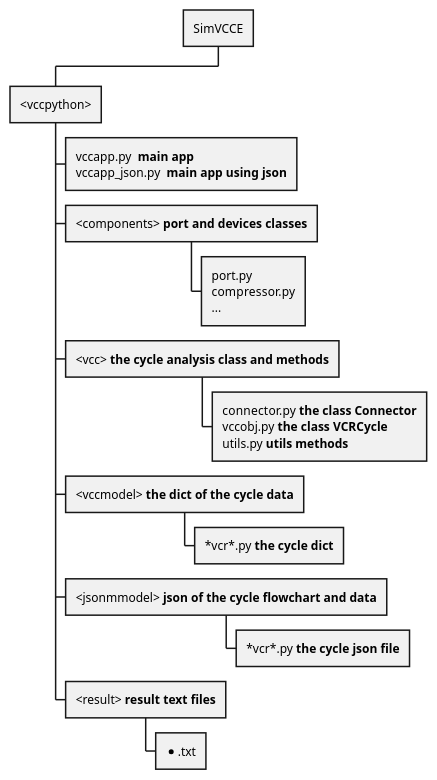
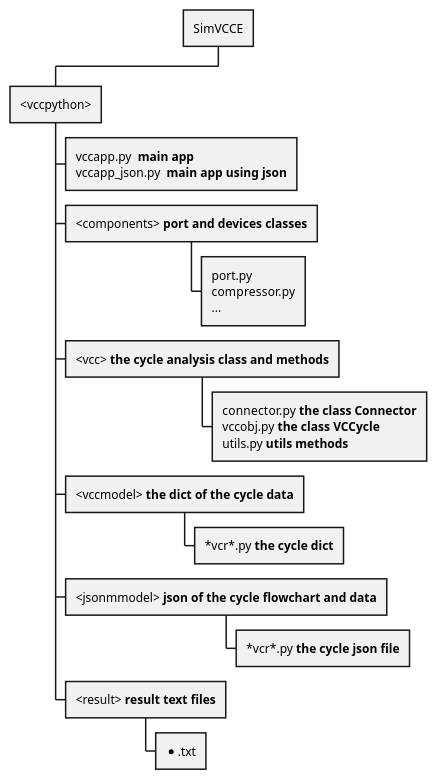
The diagram in doc/uml/puml/dir_tree.puml (thermalogic/SimVCCE), drawn with PlantUML before and after one commit. The commit also changed 27 other files, not shown here.

```diff
--- a/doc/uml/puml/dir_tree.puml
+++ b/doc/uml/puml/dir_tree.puml
@@ -1,15 +1,15 @@
 @startwbs
 * SimVCCE
 ** <vccpython>
 *** vccapp.py  **main app**\nvccapp_json.py  **main app using json**
 *** <components> **port and devices classes**
 **** port.py\ncompressor.py\n...       
 *** <vcc> **the cycle analysis class and methods**
-****  connector.py **the class Connector**\nvccobj.py **the class VCRCycle**\nutils.py **utils methods**
+****  connector.py **the class Connector**\nvccobj.py **the class VCCycle**\nutils.py **utils methods**
 *** <vccmodel> **the dict of the cycle data**
 ****  *vcr*.py **the cycle dict**
 *** <jsonmmodel> **json of the cycle flowchart and data**
 ****  *vcr*.py **the cycle json file**
 *** <result> **result text files**
 ****  *.txt
 @endwbs
```
